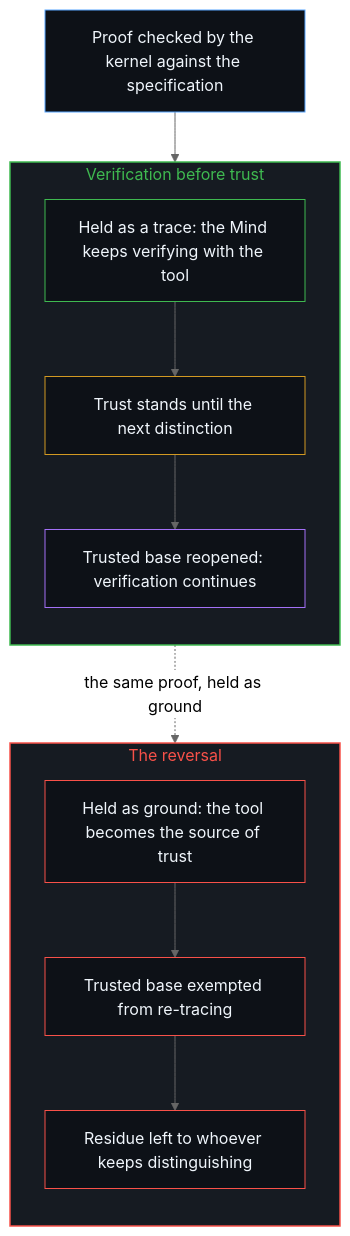
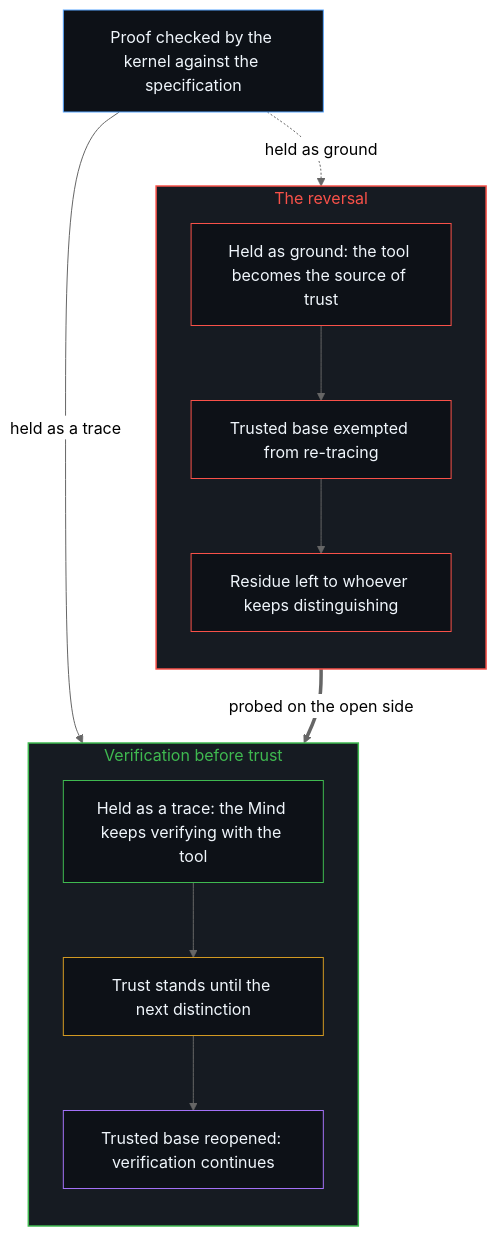
One commit to powerpig99/not-a-toe changed the second of 2 diagrams in content/posts/the-reversal-of-verification.md. Above: the diagram before and after it, drawn with Mermaid (neutral theme). The commit also changed other lines of this file and 7 other files, not shown here.

Commit message:
Consolidate Deep Sleep Batch 36: refine 7 nodes (symptom-and-cause-in-the-narratives-of-progress, the-residue-of-progress-and-the-reactivity-of-resistance, the-scaffolding-that-keeps-growing, ...)

````diff
--- a/content/posts/the-reversal-of-verification.md
+++ b/content/posts/the-reversal-of-verification.md
@@ -97,31 +98,32 @@
 ```mermaid
 flowchart TD
     P["Proof checked by the kernel against the specification"]
+    subgraph S_Rev["The reversal"]
+        direction TB
+        G["Held as ground: the tool becomes the source of trust"]
+        F["Trusted base exempted from re-tracing"]
+        X["Residue left to whoever keeps distinguishing"]
+        G --> F
+        F --> X
+    end
     subgraph S_Order["Verification before trust"]
         direction TB
         V["Held as a trace: the Mind keeps verifying with the tool"]
         T["Trust stands until the next distinction"]
         R["Trusted base reopened: verification continues"]
+        V --> T
+        T --> R
     end
-    subgraph S_Rev["The reversal"]
-        direction TB
-        G["Held as ground: the tool becomes the source of trust"]
-        F["Trusted base exempted from re-tracing"]
-        X["Residue left to whoever keeps distinguishing"]
-    end
-    P --> V
-    V --> T
-    T --> R
-    R -. "the same proof, held as ground" .-> G
-    G --> F
-    F --> X
+    P -.->|"held as ground"| G
+    P -->|"held as a trace"| V
+    X ==>|"probed on the open side"| V
+    style S_Rev fill:#161b22,stroke:#f85149,stroke-width:1.5px,color:#f85149
     style S_Order fill:#161b22,stroke:#3fb950,stroke-width:1.5px,color:#3fb950
-    style S_Rev fill:#161b22,stroke:#f85149,stroke-width:1.5px,color:#f85149
     style P fill:#0d1117,stroke:#58a6ff,stroke-width:1px,color:#f0f6fc
+    style G fill:#0d1117,stroke:#f85149,stroke-width:1px,color:#f0f6fc
+    style F fill:#0d1117,stroke:#f85149,stroke-width:1px,color:#f0f6fc
+    style X fill:#0d1117,stroke:#f85149,stroke-width:1px,color:#f0f6fc
     style V fill:#0d1117,stroke:#3fb950,stroke-width:1px,color:#f0f6fc
     style T fill:#0d1117,stroke:#d29922,stroke-width:1px,color:#f0f6fc
     style R fill:#0d1117,stroke:#a371f7,stroke-width:1px,color:#f0f6fc
-    style G fill:#0d1117,stroke:#f85149,stroke-width:1px,color:#f0f6fc
-    style F fill:#0d1117,stroke:#f85149,stroke-width:1px,color:#f0f6fc
-    style X fill:#0d1117,stroke:#f85149,stroke-width:1px,color:#f0f6fc
 ```
````
